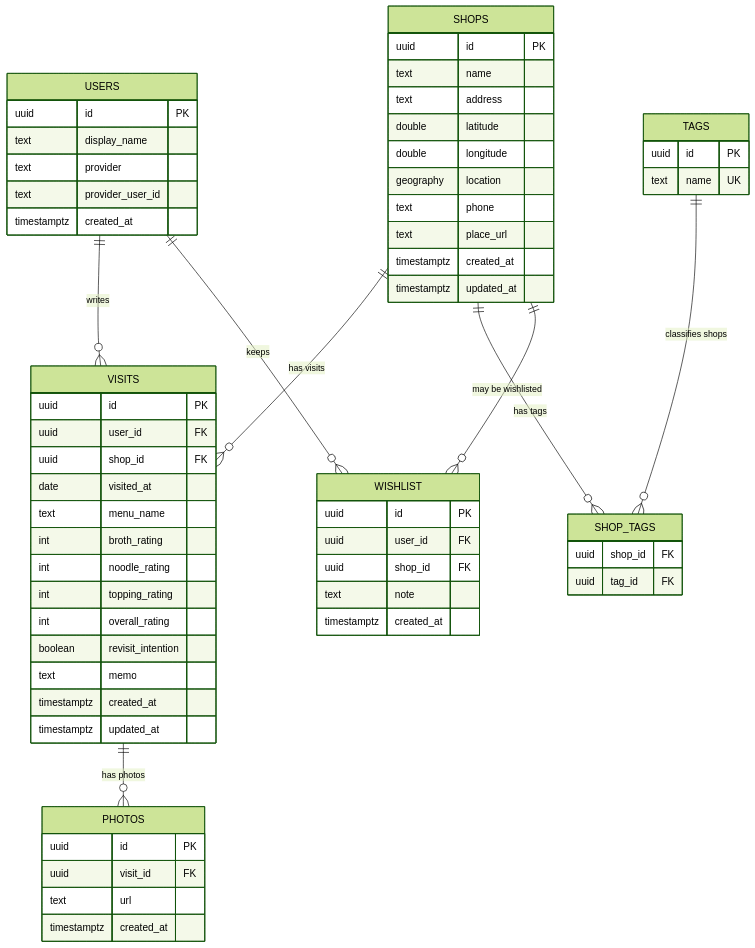
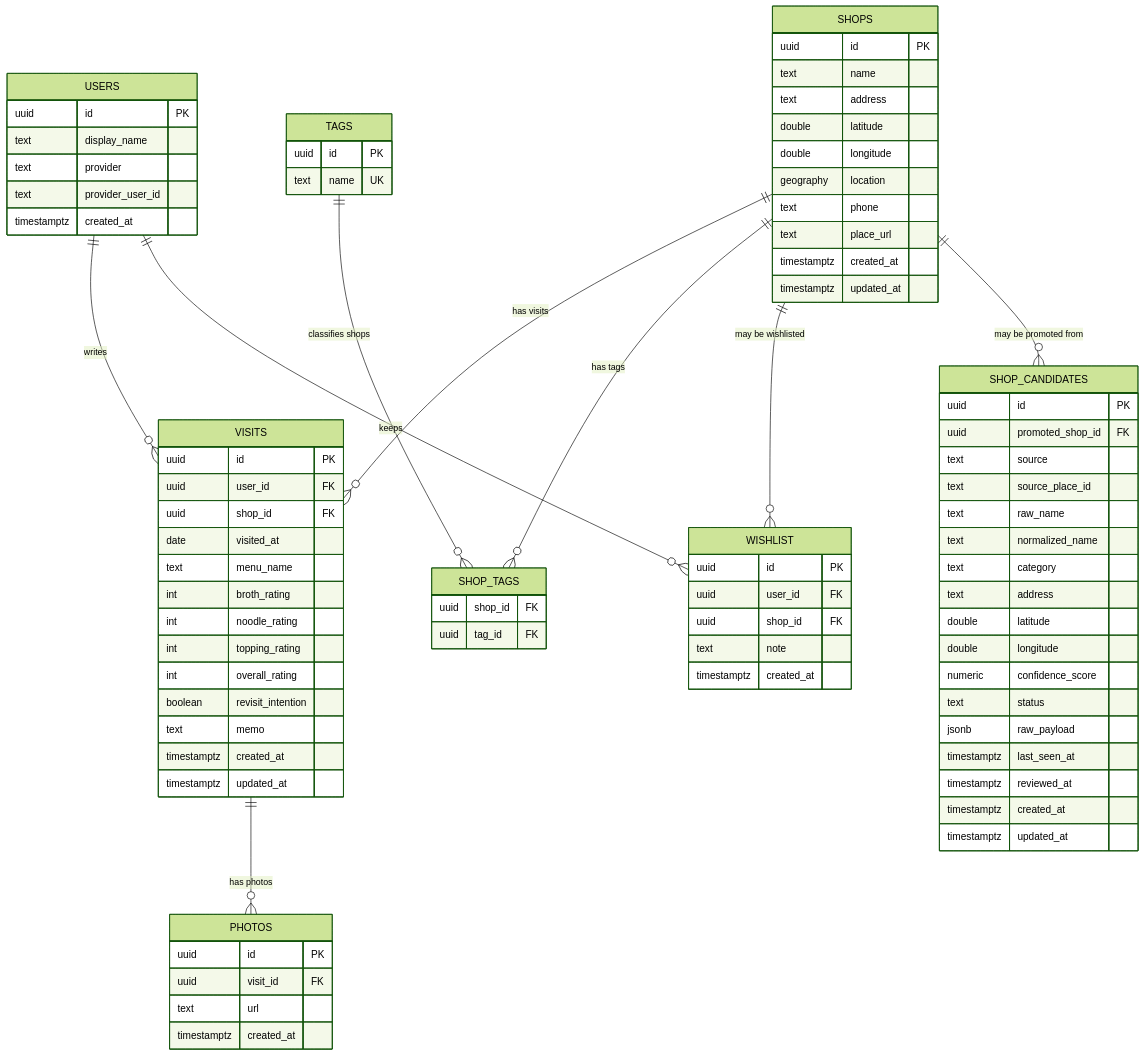
Before and after one commit to easyhooon/ramen-dojang: the second of 2 diagrams in docs/06-database-erd.md, drawn with Mermaid (forest theme). The commit also changed other lines of this file and 6 other files, not shown here.

````diff
--- a/docs/06-database-erd.md
+++ b/docs/06-database-erd.md
@@ -149,6 +151,26 @@
     timestamptz created_at
   }
 
+  SHOP_CANDIDATES {
+    uuid id PK
+    uuid promoted_shop_id FK
+    text source
+    text source_place_id
+    text raw_name
+    text normalized_name
+    text category
+    text address
+    double latitude
+    double longitude
+    numeric confidence_score
+    text status
+    jsonb raw_payload
+    timestamptz last_seen_at
+    timestamptz reviewed_at
+    timestamptz created_at
+    timestamptz updated_at
+  }
+
   USERS ||--o{ VISITS : "writes"
   USERS ||--o{ WISHLIST : "keeps"
   SHOPS ||--o{ VISITS : "has visits"
@@ -156,4 +178,5 @@
   SHOPS ||--o{ SHOP_TAGS : "has tags"
   TAGS ||--o{ SHOP_TAGS : "classifies shops"
   SHOPS ||--o{ WISHLIST : "may be wishlisted"
+  SHOPS ||--o{ SHOP_CANDIDATES : "may be promoted from"
 ```
````
